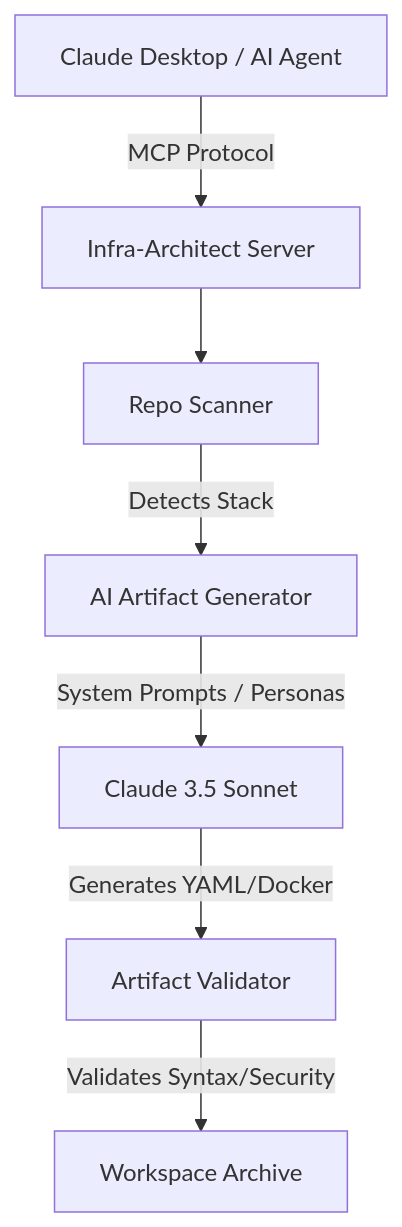
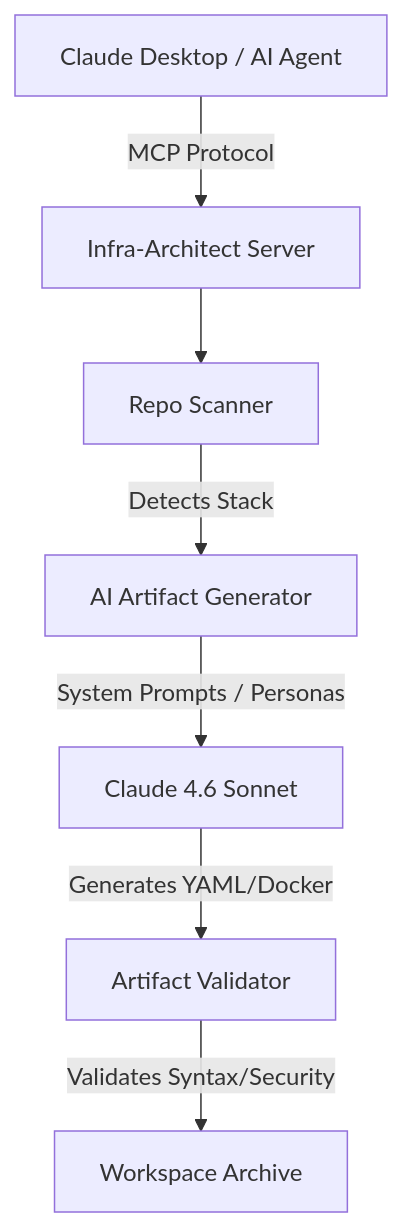
One commit to GyuriToth/infra-architect changed the diagram in README.md. Above: the diagram before and after it, drawn with Mermaid. The commit also changed other lines of this file, not shown here.

Commit message:
fix README: claude 3.5 sonnet -> claude 4.6 sonnet

````diff
--- a/README.md
+++ b/README.md
@@ -9,9 +9,9 @@
 ```mermaid
 graph TD
     A[Claude Desktop / AI Agent] -- MCP Protocol --> B[Infra-Architect Server]
     B --> C[Repo Scanner]
     C -- Detects Stack --> D[AI Artifact Generator]
-    D -- System Prompts / Personas --> E[Claude 3.5 Sonnet]
+    D -- System Prompts / Personas --> E[Claude 4.6 Sonnet]
     E -- Generates YAML/Docker --> F[Artifact Validator]
     F -- Validates Syntax/Security --> G[Workspace Archive]
 ```
````
